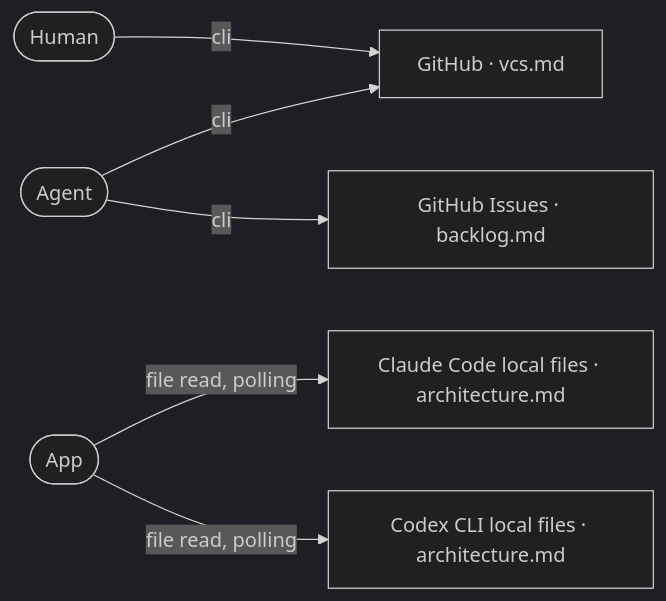
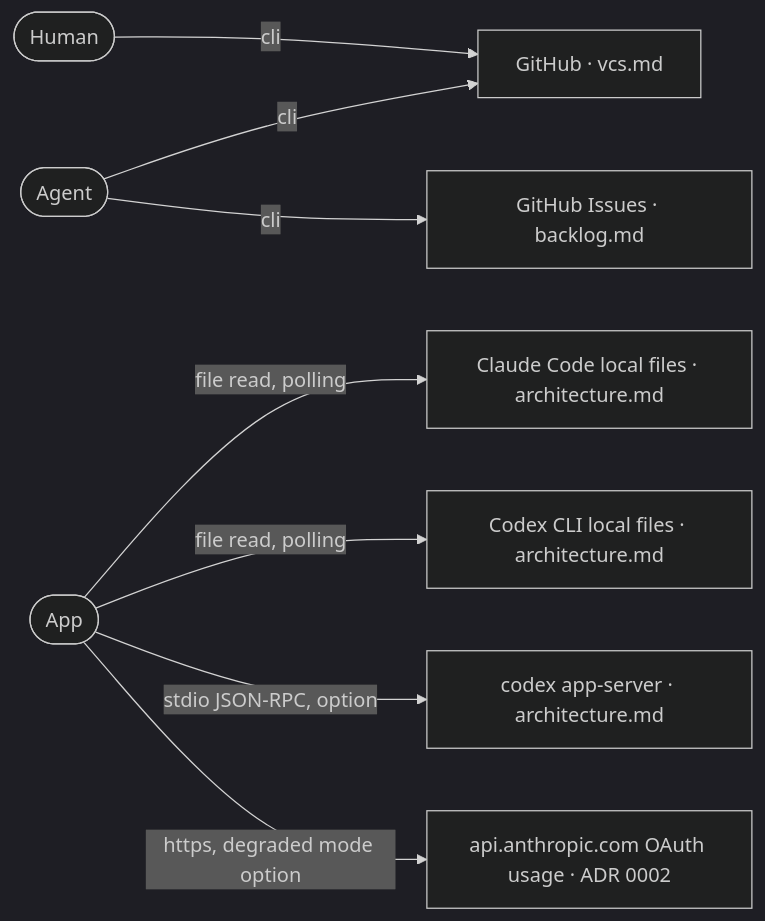
Before and after one commit to blzbk/AgentHud: the diagram in aidd_docs/memory/ecosystem.md, drawn with Mermaid (dark theme). The commit also changed 7 other files, not shown here.

````diff
--- a/aidd_docs/memory/ecosystem.md
+++ b/aidd_docs/memory/ecosystem.md
@@ -3,16 +3,20 @@
 ```mermaid
 flowchart LR
   Human([Human])
   Agent([Agent])
   App([App])
   Vcs["GitHub · vcs.md"]
   Tracker["GitHub Issues · backlog.md"]
   Claude["Claude Code local files · architecture.md"]
   Codex["Codex CLI local files · architecture.md"]
 
   Human -- cli --> Vcs
   Agent -- cli --> Vcs
   Agent -- cli --> Tracker
   App -- "file read, polling" --> Claude
   App -- "file read, polling" --> Codex
+  AppServer["codex app-server · architecture.md"]
+  OAuth["api.anthropic.com OAuth usage · ADR 0002"]
+  App -- "stdio JSON-RPC, option" --> AppServer
+  App -- "https, degraded mode option" --> OAuth
 ```
````
